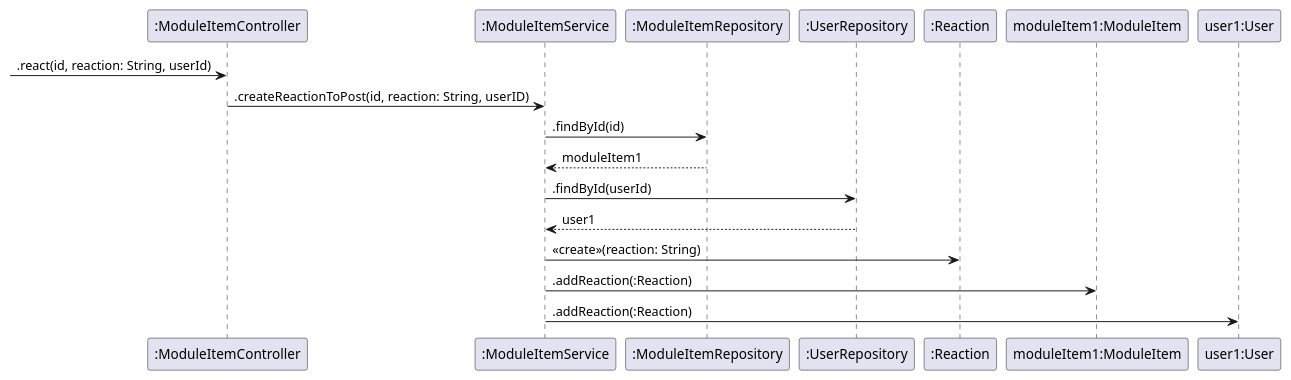
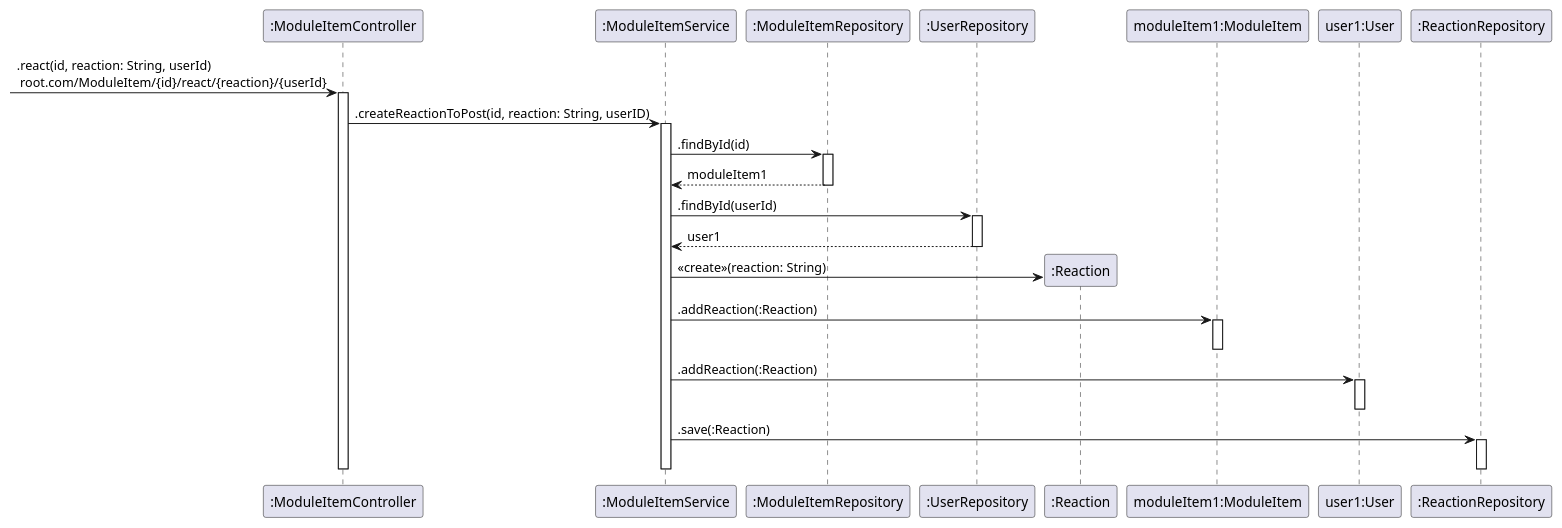
Before and after one commit to MocanuPaulC/youthcouncil: the diagram in design/sequence-diagram-usr-str-7.puml, drawn with PlantUML. The commit also changed 12 other files, not shown here.

Commit message:
Paul/new sequence diagrams

```diff
--- a/design/sequence-diagram-usr-str-7.puml
+++ b/design/sequence-diagram-usr-str-7.puml
@@ -1,23 +1,40 @@
 @startuml
 
 participant ":ModuleItemController" as ModuleItemController
 participant ":ModuleItemService" as ModuleItemService
 participant ":ModuleItemRepository" as ModuleItemRepository
 participant ":UserRepository" as UserRepository
 participant ":Reaction" as Reaction
 participant "moduleItem1:ModuleItem" as moduleItem1
 participant "user1:User" as user1
+participant ":ReactionRepository" as ReactionRepository
+-> ModuleItemController: .react(id, reaction: String, userId)\n root.com/ModuleItem/{id}/react/{reaction}/{userId}
 
--> ModuleItemController: .react(id, reaction: String, userId)
+activate ModuleItemController
 ModuleItemController-> ModuleItemService: .createReactionToPost(id, reaction: String, userID)
+activate ModuleItemService
 ModuleItemService-> ModuleItemRepository: .findById(id)
-ModuleItemRepository--> ModuleItemService: moduleItem1
+activate ModuleItemRepository
+ModuleItemService <-- ModuleItemRepository: moduleItem1
+deactivate ModuleItemRepository
 ModuleItemService-> UserRepository: .findById(userId)
-UserRepository--> ModuleItemService: user1
+activate UserRepository
+ModuleItemService <-- UserRepository: user1
+deactivate UserRepository
+create Reaction
 ModuleItemService-> Reaction : <<create>>(reaction: String)
 ModuleItemService-> moduleItem1 : .addReaction(:Reaction)
+activate moduleItem1
+deactivate moduleItem1
 ModuleItemService-> user1 : .addReaction(:Reaction)
+activate user1
+deactivate user1
+ModuleItemService-> ReactionRepository: .save(:Reaction)
+activate ReactionRepository
+deactivate ReactionRepository
+deactivate ModuleItemService
+deactivate ModuleItemController
 
 
 
 @enduml
```
